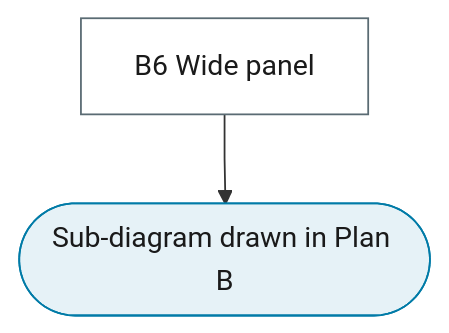
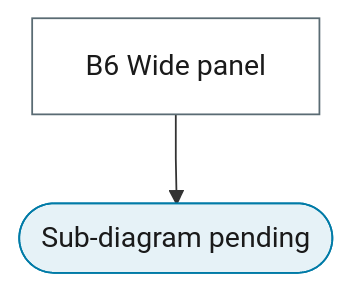
The diagram in docs/reference/32-panel-time-series/index.md (Shuxin-Y/time-series-analysis-manual), drawn with Mermaid before and after one commit. The commit also changed other lines of this file and 66 other files, not shown here.

````diff
--- a/docs/reference/32-panel-time-series/index.md
+++ b/docs/reference/32-panel-time-series/index.md
@@ -9,15 +7,15 @@
 ```mermaid
 %%{init: {"flowchart": {"curve": "linear"}}}%%
 graph TD
-    B6["B6 Wide panel"] --> B6_PENDING(["Sub-diagram drawn in Plan B"])
+    B6["B6 Wide panel"] --> B6_PENDING(["Sub-diagram pending"])
     class B6 process
     class B6_PENDING terminator
     classDef terminator fill:#E6F2F7,stroke:#007BA7,color:#1A1A1A;
     classDef process fill:#FFFFFF,stroke:#5A6B73,color:#1A1A1A;
     classDef decision fill:#EFE7F0,stroke:#9B7FA7,color:#1A1A1A;
     classDef data fill:#FFF4E0,stroke:#C9A55E,color:#1A1A1A;
     classDef good fill:#DCEFD8,stroke:#4A7A3F,color:#1A1A1A;
     classDef escalate fill:#FFE9C2,stroke:#C9A55E,color:#1A1A1A;
     classDef problem fill:#F2D9DE,stroke:#800020,color:#1A1A1A;
     classDef ref fill:#F7F7F7,stroke:#5A6B73,color:#1A1A1A,stroke-dasharray:4 3;
 ```
````
